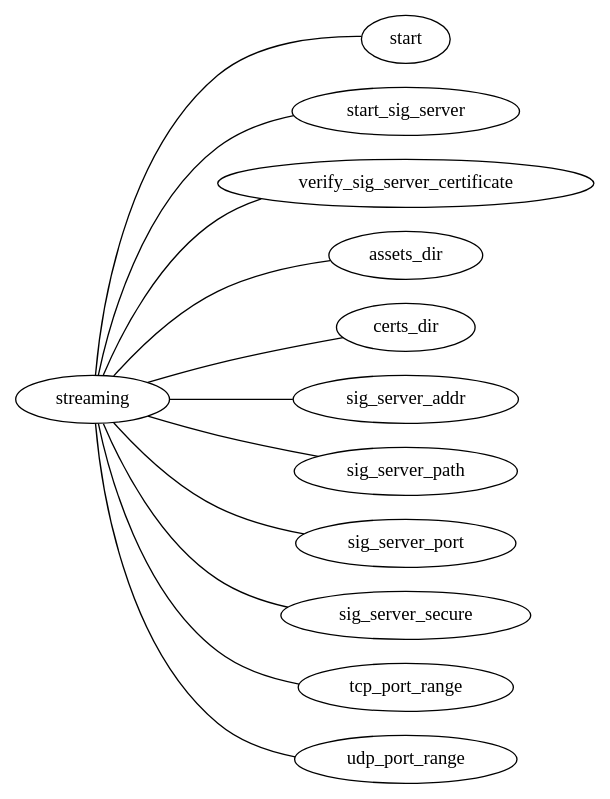
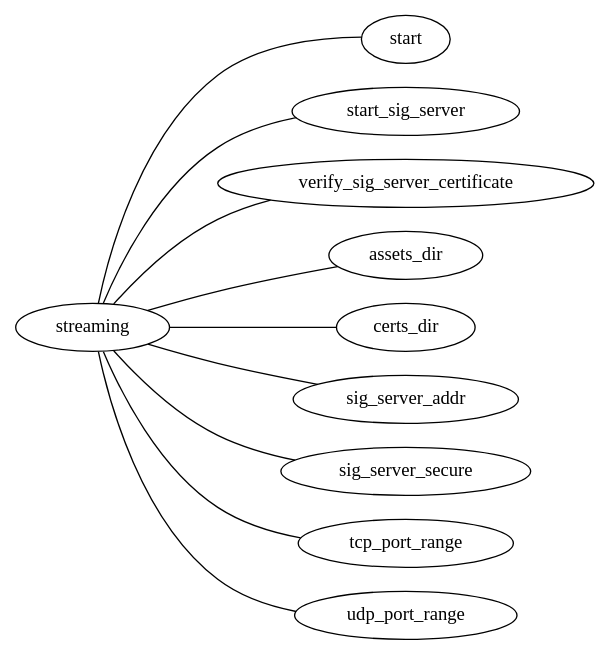
One commit to google/android-cuttlefish changed the diagram in base/cvd/cuttlefish/host/commands/cvd/cli/parser/doc/streaming.dot. Above: the diagram before and after it, drawn with Graphviz. The commit also changed 14 other files, not shown here.

```diff
--- a/base/cvd/cuttlefish/host/commands/cvd/cli/parser/doc/streaming.dot
+++ b/base/cvd/cuttlefish/host/commands/cvd/cli/parser/doc/streaming.dot
@@ -1,14 +1,12 @@
 graph {
   rankdir=LR
 streaming--start
 streaming--start_sig_server
 streaming--verify_sig_server_certificate
 streaming--assets_dir
 streaming--certs_dir
 streaming--sig_server_addr
-streaming--sig_server_path
-streaming--sig_server_port
 streaming--sig_server_secure
 streaming--tcp_port_range
 streaming--udp_port_range
 }
```
